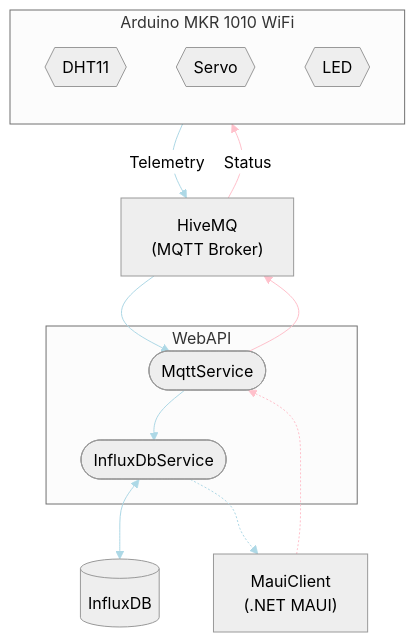
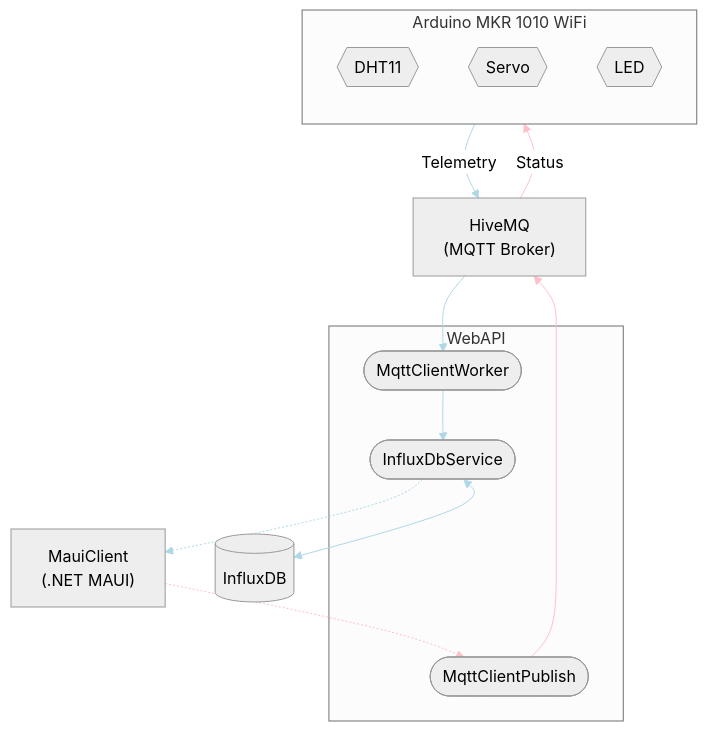
One commit to AndreassenLearn/TelemetryProject changed the diagram in README.md. Above: the diagram before and after it, drawn with Mermaid (neutral theme). The commit also changed other lines of this file, not shown here.

````diff
--- a/README.md
+++ b/README.md
@@ -6,30 +17,31 @@
 ```mermaid
 flowchart TB
     subgraph C[WebAPI]
-        CA([MqttService])-->CB([InfluxDbService])
+        CA([MqttClientWorker])-->CB([InfluxDbService])
+        CC([MqttClientPublish])
         linkStyle 0 stroke:lightblue
     end
 
     subgraph A[Arduino MKR 1010 WiFi]
         direction TB
         AA{{DHT11}}
         AB{{Servo}}
         AC{{LED}}
     end
 
     A--"Telemetry"-->B["HiveMQ
     (MQTT Broker)"]
     B--"Status"-->A
 
     B-->CA
-    CA-->B
+    CC-->B
 
     CB<-->D[(InfluxDB)]
     
     CB-.->E["MauiClient
     (.NET MAUI)"]
-    E-.->CA
+    E-.->CC
 
     linkStyle 1,3,5,6 stroke:lightblue
     linkStyle 2,4,7 stroke:pink
 ```
````
